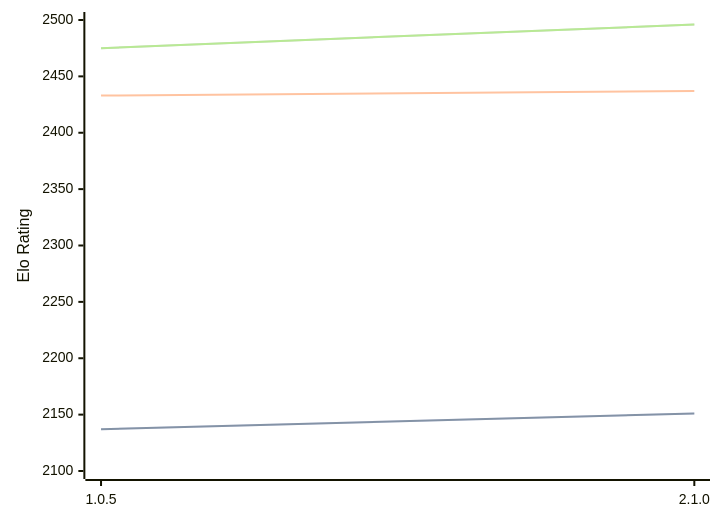
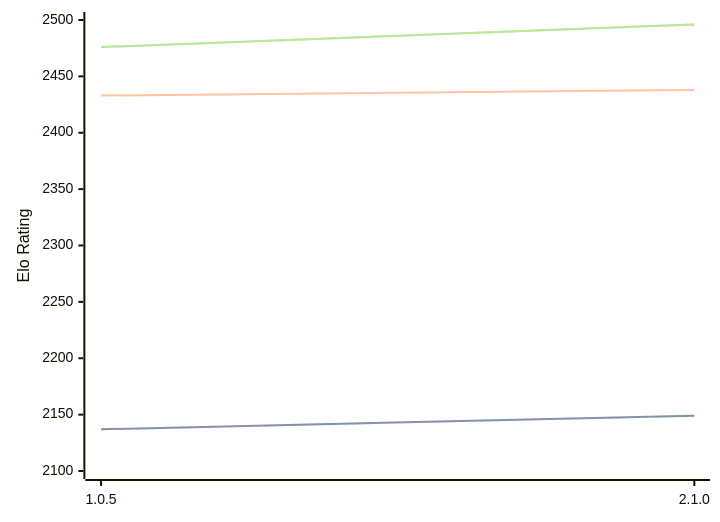
The diagram in engines/Ruffian.md (computer-chess-index/cci), drawn with Mermaid before and after one commit. The commit also changed other lines of this file, not shown here.

Commit message:
Update CCI Ratings (ELO VLTC) - 2026-08-21

````diff
--- a/engines/Ruffian.md
+++ b/engines/Ruffian.md
@@ -32,11 +32,11 @@
 ```mermaid
 %%{init: {"theme":"base","themeVariables":{"seriesColors:['#a3a3a3','#222221','#faa371']}}}%%
 xychart-beta
   x-axis ["1.0.5", "2.1.0"]
   y-axis "Elo Rating" 2100 --> 2500
-  line "STC (8.0+0.08s)" [2137, 2151]
-  line "STC (8.0+0.08s)" [2137, 2151]
-  line "LTC (60.0+0.60s)" [2433, 2437]
-  line "VLTC (2m24s+1.12s)" [2475, 2496]
-  line "VLTC (2m24s+1.12s)" [2475, 2496]
+  line "STC (8.0+0.08s)" [2137, 2149]
+  line "STC (8.0+0.08s)" [2137, 2149]
+  line "LTC (60.0+0.60s)" [2433, 2438]
+  line "VLTC (2m24s+1.12s)" [2476, 2496]
+  line "VLTC (2m24s+1.12s)" [2476, 2496]
 ```
````
